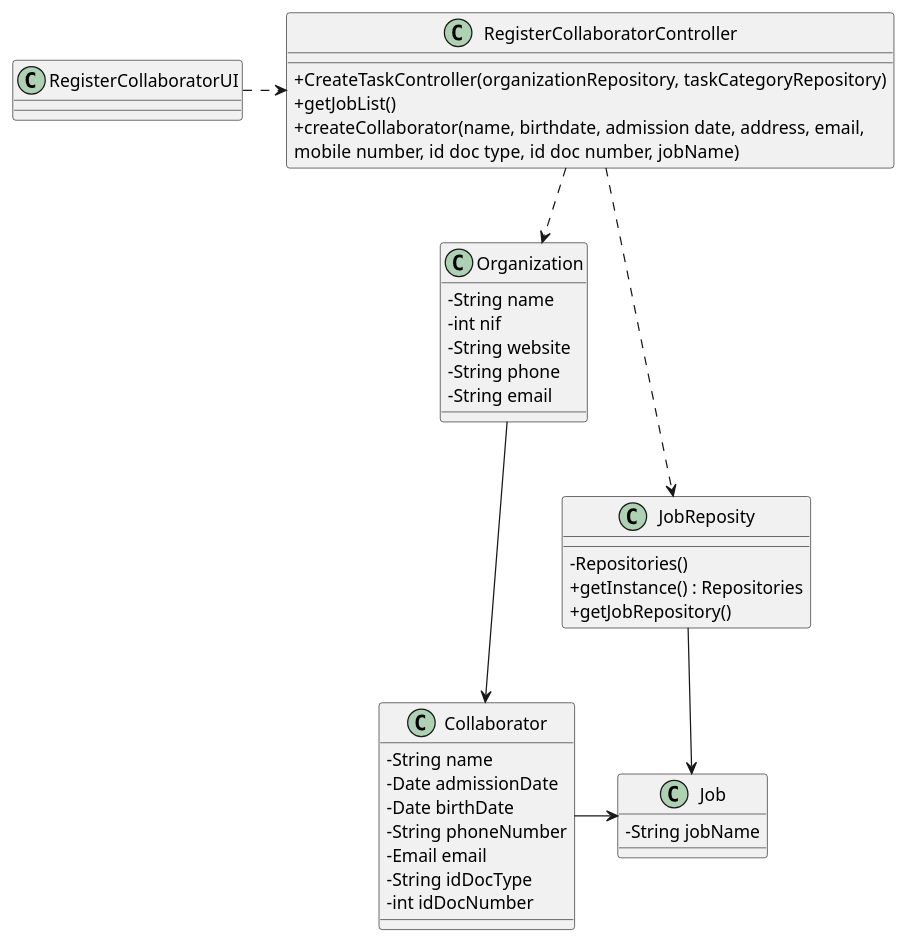
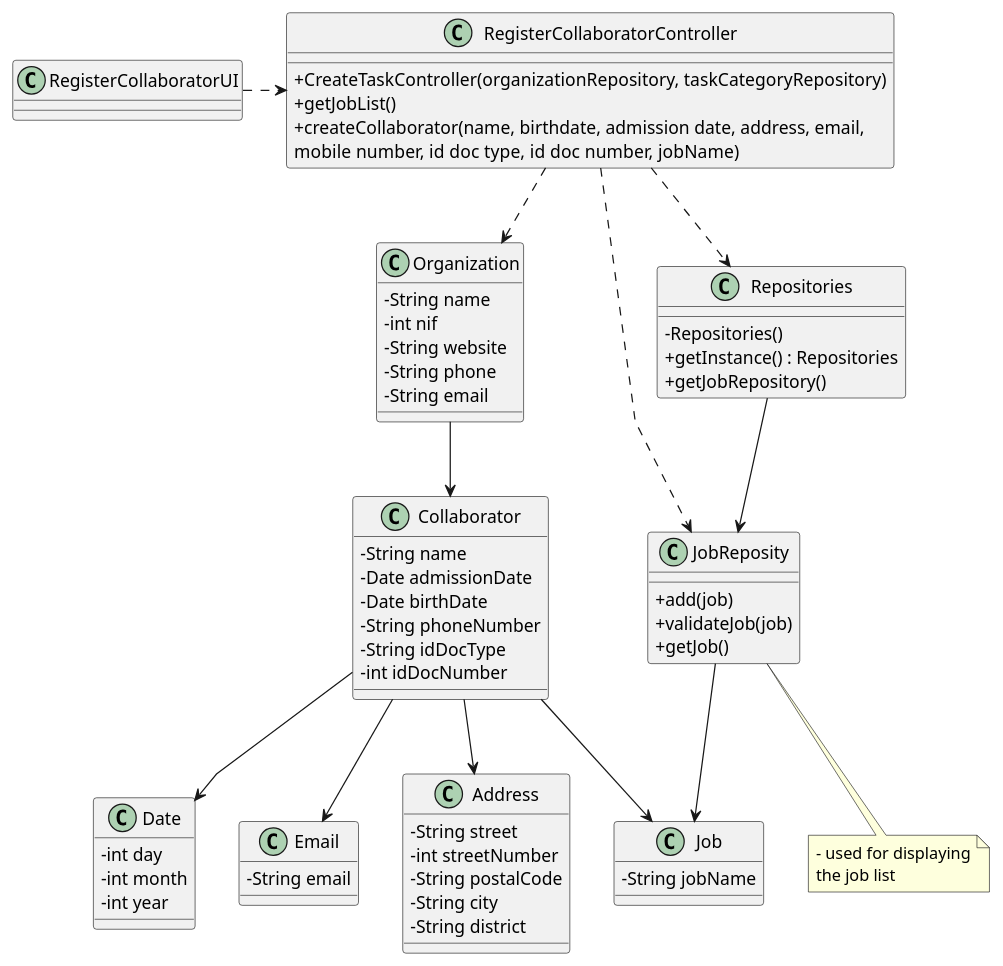
The diagram in docs/sprintB/us003/03.design/puml/us003-class-diagram.puml (Rui-San/LAPR2_2023_2024), drawn with PlantUML before and after one commit.

Commit message:
US003 Design: Added new Classes that are associated with Collaborator. Added new atributes and methods.

```diff
--- a/docs/sprintB/us003/03.design/puml/us003-class-diagram.puml
+++ b/docs/sprintB/us003/03.design/puml/us003-class-diagram.puml
@@ -1,55 +1,90 @@
 @startuml
 'skinparam monochrome true
 skinparam packageStyle rectangle
 skinparam shadowing false
 skinparam linetype polyline
 'skinparam linetype orto
 
 skinparam classAttributeIconSize 0
 
 
 class Collaborator {
      - String name
      - Date admissionDate
      - Date birthDate
      - String phoneNumber
-     - Email email
      - String idDocType
      - int idDocNumber
 }
 
 class Job {
     - String jobName
+}
+
+class Date {
+    - int day
+    - int month
+    - int year
 }
 
 class Organization {
     - String name
     - int nif
     - String website
     - String phone
     - String email
 }
 
 class JobReposity {
+    + add(job)
+    + validateJob(job)
+    + getJob()
+}
+
+class Repositories {
     - Repositories()
     + getInstance() : Repositories
     + getJobRepository()
 }
+
+note bottom of JobReposity
+    - used for displaying
+    the job list
+end note
 
 class RegisterCollaboratorController {
     + CreateTaskController(organizationRepository, taskCategoryRepository)
     + getJobList()
     + createCollaborator(name, birthdate, admission date, address, email,\nmobile number, id doc type, id doc number, jobName)
 }
 
 class RegisterCollaboratorUI {
 }
 
-RegisterCollaboratorUI -right.-> RegisterCollaboratorController
-RegisterCollaboratorController -.> Organization
+class Email{
+    - String email
+}
+
+class Address{
+    - String street
+    - int streetNumber
+    - String postalCode
+    - String city
+    - String district
+
+}
+
+RegisterCollaboratorUI .right.> RegisterCollaboratorController
+RegisterCollaboratorController ..> Organization
 Organization -down-> Collaborator
-RegisterCollaboratorController -.-> JobReposity
+RegisterCollaboratorController ..> JobReposity
 JobReposity --> Job
-Collaborator -> Job
+Collaborator --> Job
+Collaborator --> Email
+Collaborator --> Address
+Collaborator --> Date
+RegisterCollaboratorController ..> Repositories
+Repositories --> JobReposity
+
 
 @enduml
```
